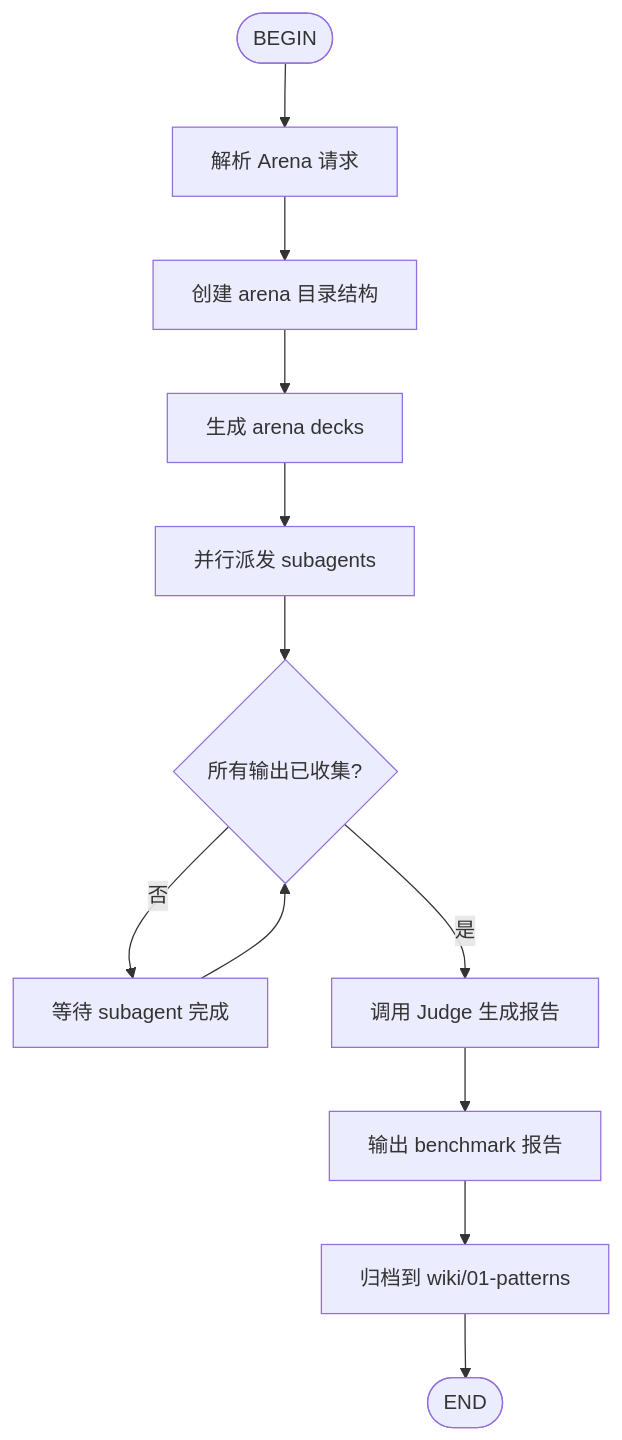
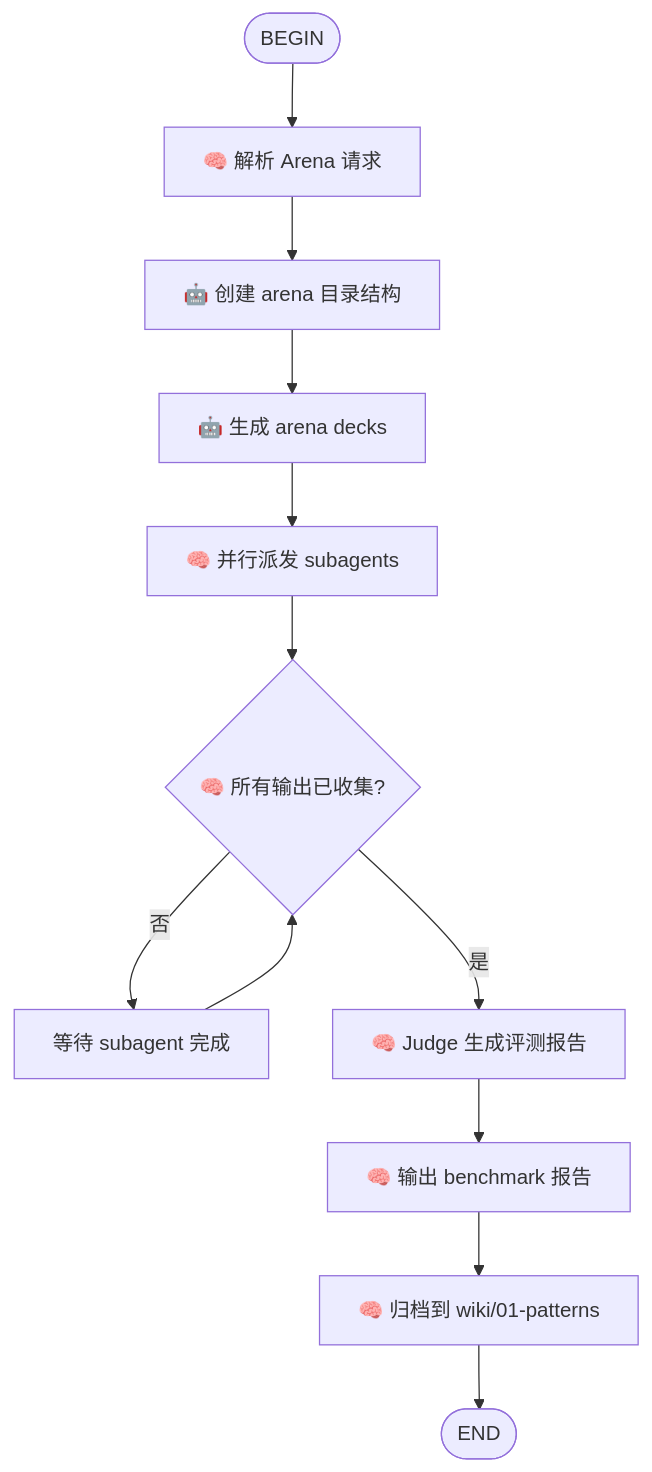
Before and after one commit to lythos-labs/lythoskill: the diagram in skills/lythoskill-arena/SKILL.md, drawn with Mermaid. The commit also changed other lines of this file and 1 other file, not shown here.

Commit message:
docs(arena): clarify script vs agent reasoning in SKILL.md
- Add 🤖/🧠 annotations to flow chart (script automation vs agent reasoning)
- Judge evaluation is explicitly documented as agent reasoning, not script
- Explain why semantic dimensions (context fit, innovation) require agent inference

````diff
--- a/skills/lythoskill-arena/SKILL.md
+++ b/skills/lythoskill-arena/SKILL.md
@@ -28,14 +30,14 @@
 ```mermaid
 flowchart TD
-    BEGIN([BEGIN]) --> Parse[解析 Arena 请求]
-    Parse --> Setup[创建 arena 目录结构]
-    Setup --> Generate[生成 arena decks]
-    Generate --> Dispatch[并行派发 subagents]
-    Dispatch --> Collect{所有输出已收集?}
+    BEGIN([BEGIN]) --> Parse[🧠 解析 Arena 请求]
+    Parse --> Setup[🤖 创建 arena 目录结构]
+    Setup --> Generate[🤖 生成 arena decks]
+    Generate --> Dispatch[🧠 并行派发 subagents]
+    Dispatch --> Collect{🧠 所有输出已收集?}
     Collect -->|否| Wait[等待 subagent 完成]
     Wait --> Collect
-    Collect -->|是| Judge[调用 Judge 生成报告]
-    Judge --> Report[输出 benchmark 报告]
-    Report --> Archive[归档到 wiki/01-patterns]
+    Collect -->|是| Judge[🧠 Judge 生成评测报告]
+    Judge --> Report[🧠 输出 benchmark 报告]
+    Report --> Archive[🧠 归档到 wiki/01-patterns]
     Archive --> END([END])
 ```
````
